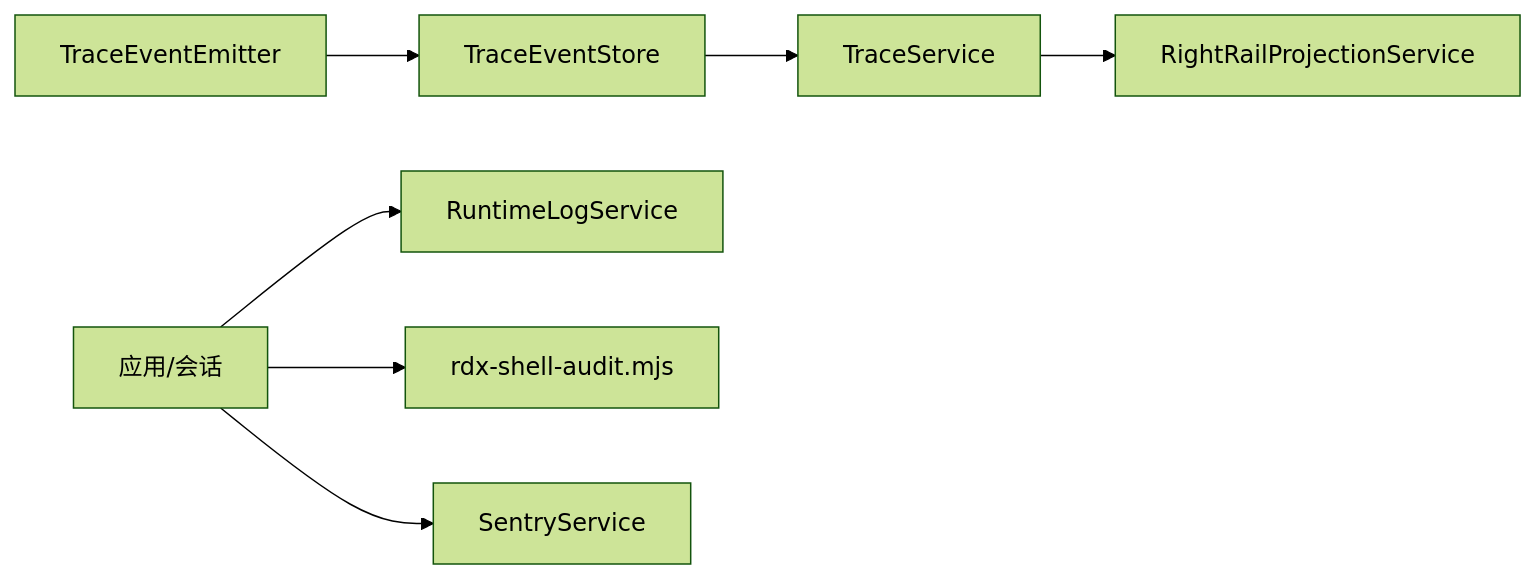
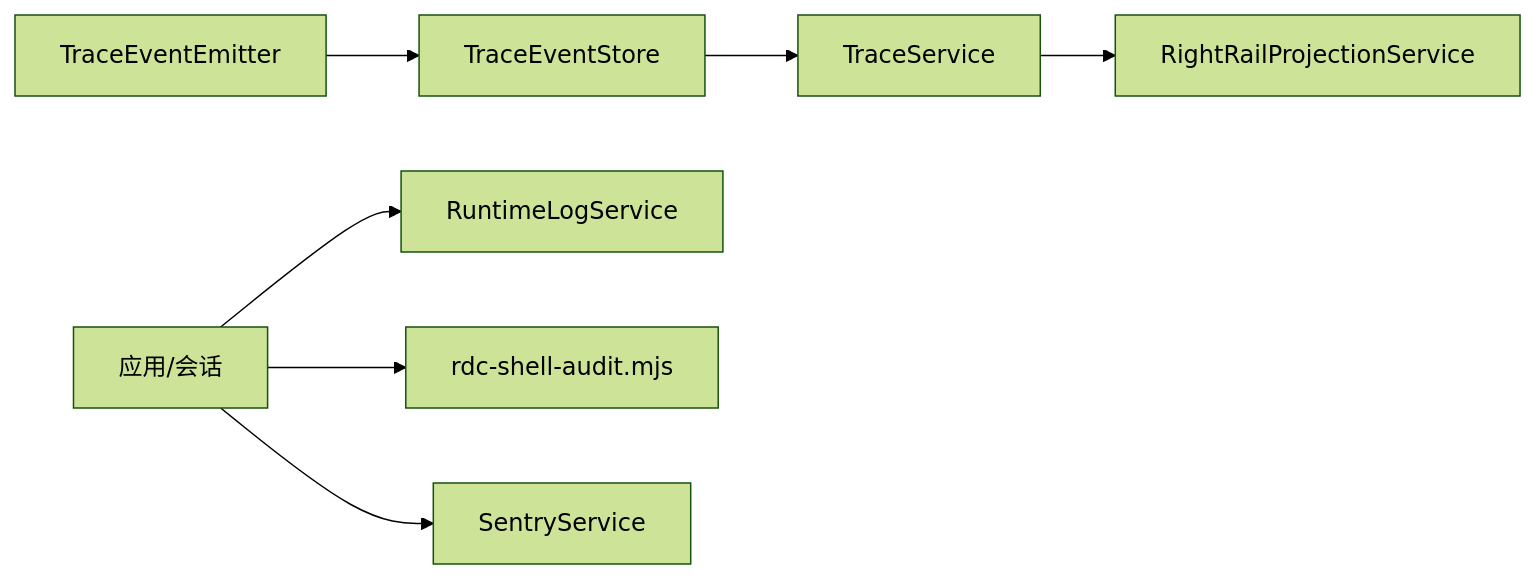
The eighth of 8 diagrams in .qoder/repowiki/zh/content/安全考虑/安全审计与监控.md (haolange/RDC-Agent), drawn with Mermaid (forest theme) before and after one commit. The commit also changed other lines of this file and 557 other files, not shown here.

````diff
--- a/.qoder/repowiki/zh/content/安全考虑/安全审计与监控.md
+++ b/.qoder/repowiki/zh/content/安全考虑/安全审计与监控.md
@@ -329,9 +329,9 @@
 ```mermaid
 graph LR
 Emit["TraceEventEmitter"] --> Store["TraceEventStore"]
 Store --> Service["TraceService"]
 Service --> Panel["RightRailProjectionService"]
 App["应用/会话"] --> Log["RuntimeLogService"]
-App --> Hook["rdx-shell-audit.mjs"]
+App --> Hook["rdc-shell-audit.mjs"]
 App --> Sentry["SentryService"]
 ```
````
